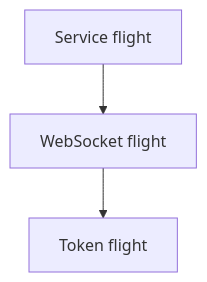
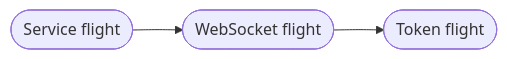
The eighth of 8 diagrams in docs/scenarios/single-flight.md (shinka-rpc/shinka-js), drawn with Mermaid before and after one commit. The commit also changed other lines of this file and 2 other files, not shown here.

Commit message:
Fix mermaid diagrams

````diff
--- a/docs/scenarios/single-flight.md
+++ b/docs/scenarios/single-flight.md
@@ -463,9 +463,9 @@
 ```mermaid
-flowchart TD
-    Token["Token flight"]
-    WebSocket["WebSocket flight"]
-    Service["Service flight"]
+flowchart LR
+    Token(["Token flight"])
+    WebSocket(["WebSocket flight"])
+    Service(["Service flight"])
 
     WebSocket --> Token
     Service --> WebSocket
 ```
````
